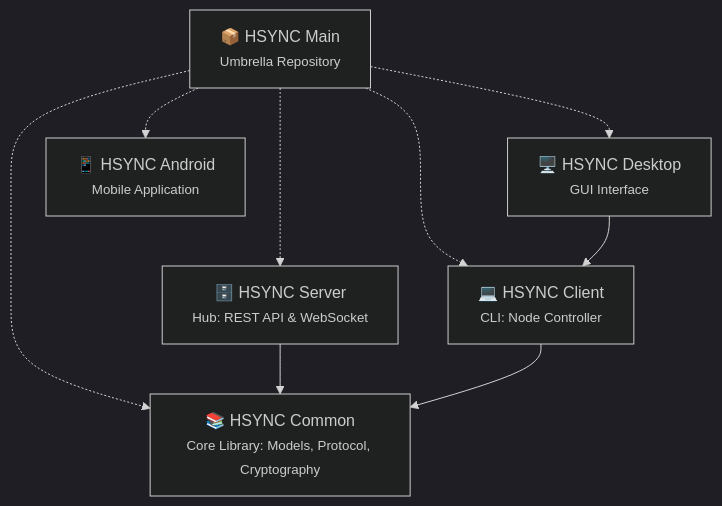
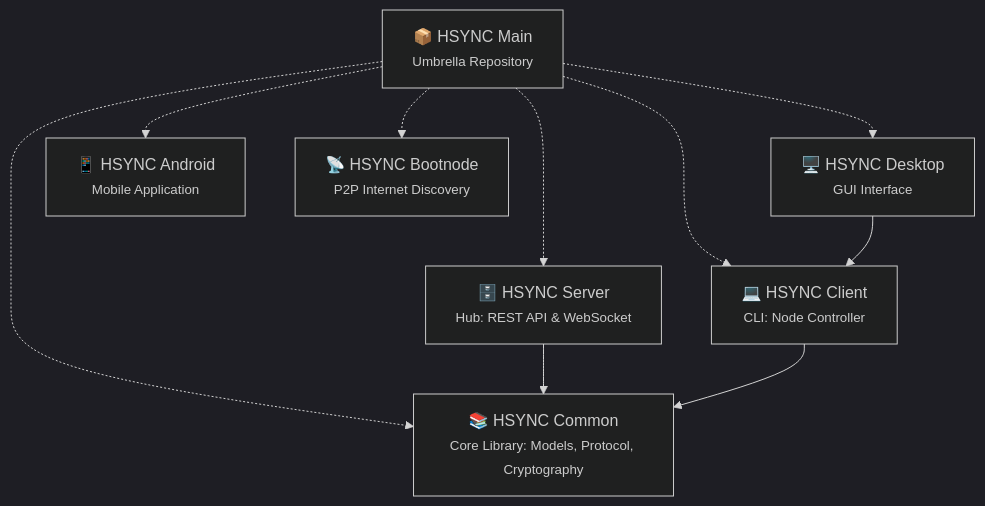
One commit to albertsdk/hsync changed the third of 3 diagrams in README.md. Above: the diagram before and after it, drawn with Mermaid (dark theme). The commit also changed other lines of this file, not shown here.

Commit message:
docs(readme): add private P2P and self-hosted positioning, list bootnode

````diff
--- a/README.md
+++ b/README.md
@@ -140,21 +142,23 @@
 ```mermaid
 flowchart TD
     Main["📦 HSYNC Main<br/><small>Umbrella Repository</small>"]
 
     Common["📚 HSYNC Common<br/><small>Core Library: Models, Protocol, Cryptography</small>"]
     Server["🗄️ HSYNC Server<br/><small>Hub: REST API & WebSocket</small>"]
     Client["💻 HSYNC Client<br/><small>CLI: Node Controller</small>"]
     Desktop["🖥️ HSYNC Desktop<br/><small>GUI Interface</small>"]
     Android["📱 HSYNC Android<br/><small>Mobile Application</small>"]
+    Bootnode["📡 HSYNC Bootnode<br/><small>P2P Internet Discovery</small>"]
 
     Main -.-> Common
     Main -.-> Server
     Main -.-> Client
     Main -.-> Desktop
     Main -.-> Android
+    Main -.-> Bootnode
 
     Server --> Common
     Client --> Common
     Desktop --> Client
 
 ```
````
